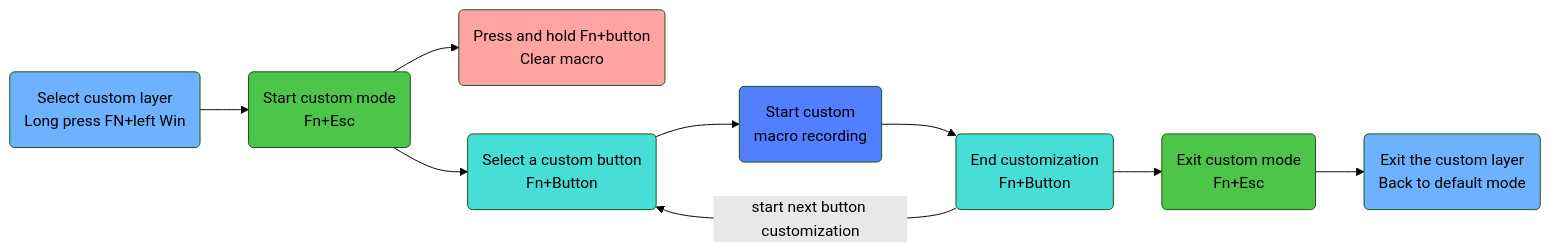
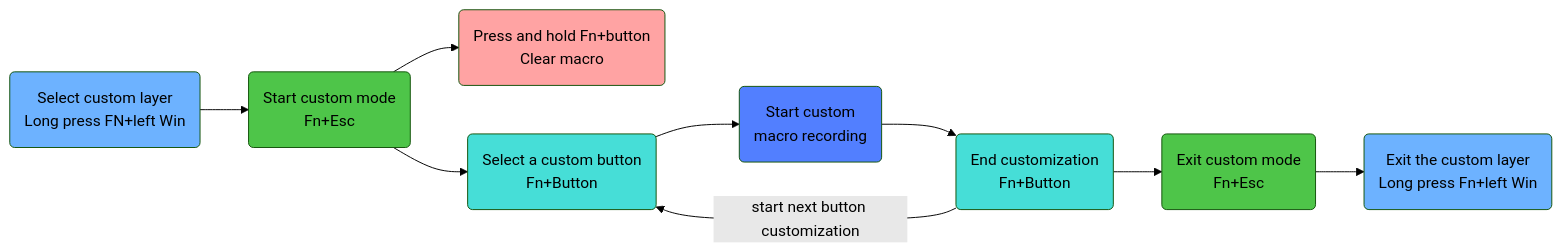
Before and after one commit to ameiji/akko-ducky-help: the diagram in akko-ducky.mmd, drawn with Mermaid (forest theme).

```diff
--- a/akko-ducky.mmd
+++ b/akko-ducky.mmd
@@ -1,27 +1,27 @@
 graph LR;
 a(Select custom layer<br>Long press FN+left Win);
 b(Start custom mode<br> Fn+Esc);
 c(Press and hold Fn+button<br>Clear macro);
 d(Select a custom button<br>Fn+Button);
 e(Start custom<br>macro recording);
 f(End customization<br>Fn+Button);
-g(Exit custom mode<br>Fn+Esc)
-h(Exit the custom layer<br>Back to default mode);
+g(Exit custom mode<br>Fn+Esc);
+h(Exit the custom layer<br>Long press Fn+left Win);
 
 style a fill:#6db2ff;
 style c fill:#ffa3a3;
 style b fill:#4ec549;
 style d fill:#46ded7;
 style e fill:#527fff;
 style f fill:#46ded7;
 style g fill:#4ec549;
 style h fill:#6db2ff;
 
 a-->b;
 b-->c;
 b-->d;
 d-->e;
 e-->f;
 f--start next button customization-->d;
 f-->g;
 g-->h;
```
